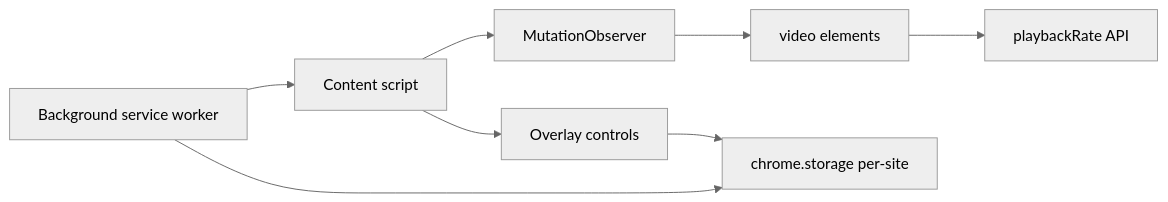
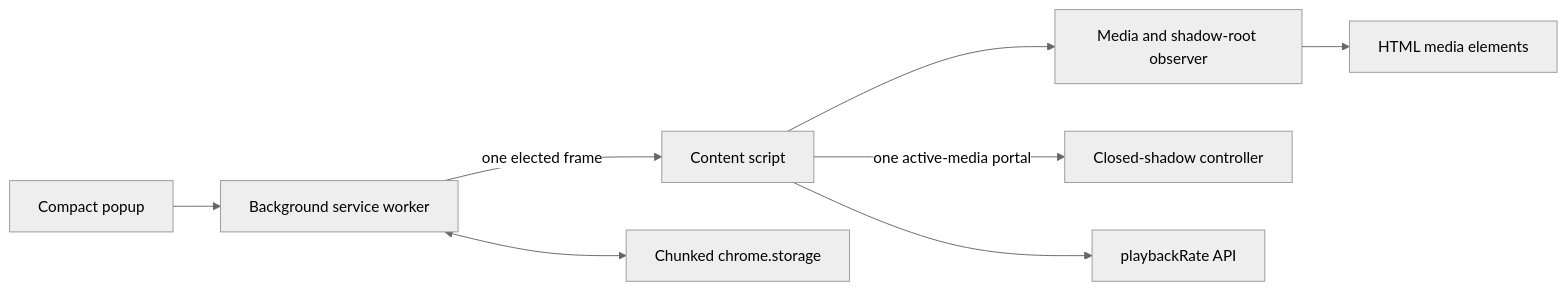
The diagram in README.md (ARJUNVARMA2000/Video-Speed-Controller-extension), drawn with Mermaid (neutral theme) before and after one commit. The commit also changed other lines of this file and 32 other files, not shown here.

Commit message:
Release v1.6 controller architecture and controls

````diff
--- a/README.md
+++ b/README.md
@@ -31,10 +31,10 @@
 ```mermaid
 flowchart LR
-    BG[Background service worker] --> CS[Content script]
-    CS --> MO[MutationObserver]
-    MO --> V[video elements]
-    V --> PR[playbackRate API]
-    CS --> UI[Overlay controls]
-    BG --> ST[chrome.storage per-site]
-    UI --> ST
+    P[Compact popup] --> BG[Background service worker]
+    BG -->|one elected frame| CS[Content script]
+    CS --> MO[Media and shadow-root observer]
+    MO --> M[HTML media elements]
+    CS -->|one active-media portal| UI[Closed-shadow controller]
+    CS --> PR[playbackRate API]
+    BG <--> ST[Chunked chrome.storage]
 ```
````
